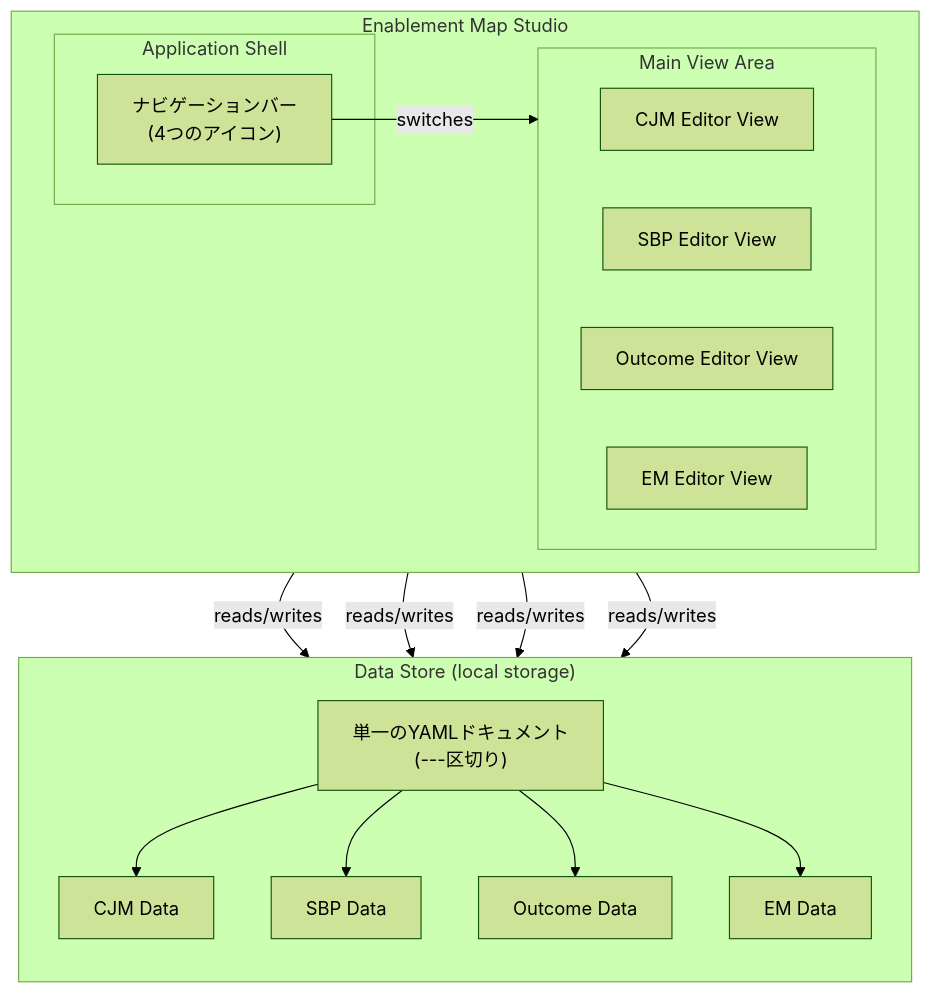
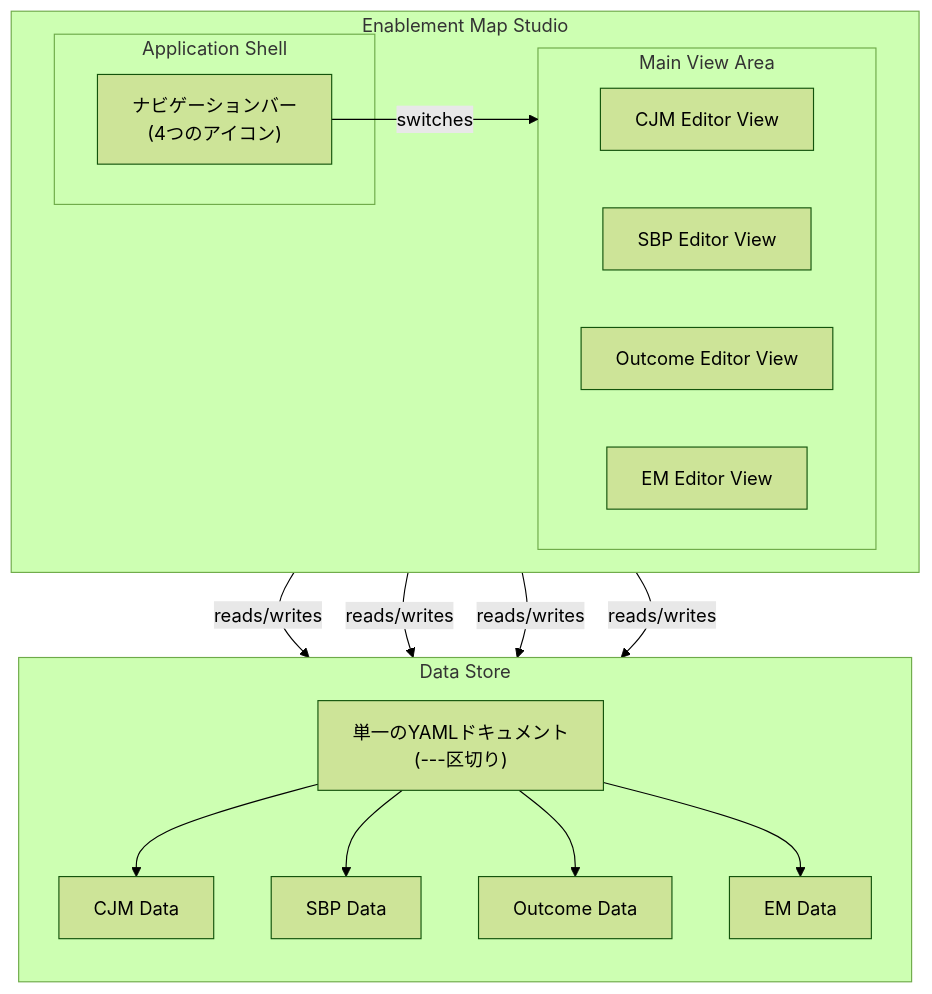
One commit to suwa-sh/enablement-map-studio changed the first of 2 diagrams in REQUIREMENTS.md. Above: the diagram before and after it, drawn with Mermaid (forest theme). The commit also changed other lines of this file and 2 other files, not shown here.

````diff
--- a/REQUIREMENTS.md
+++ b/REQUIREMENTS.md
@@ -13,33 +13,33 @@
 ```mermaid
 graph TD
     subgraph "Enablement Map Studio"
         direction LR
         subgraph "Application Shell"
             NavBar["ナビゲーションバー<br>(4つのアイコン)"]
         end
 
         subgraph M["Main View Area"]
             CJM["CJM Editor View"]
             SBP["SBP Editor View"]
             Outcome["Outcome Editor View"]
             EM["EM Editor View"]
         end
         
         NavBar -- switches --> M
     end
 
-    subgraph "Data Store (local storage)"
+    subgraph "Data Store"
       direction TB
       YAML_DOC["単一のYAMLドキュメント<br>(---区切り)"]
       YAML_DOC --> CJM_DATA["CJM Data"]
       YAML_DOC --> SBP_DATA["SBP Data"]
       YAML_DOC --> Outcome_DATA["Outcome Data"]
       YAML_DOC --> EM_DATA["EM Data"]
     end
     
     CJM -- reads/writes --> CJM_DATA
     SBP -- reads/writes --> SBP_DATA
     Outcome -- reads/writes --> Outcome_DATA
     EM -- reads/writes --> EM_DATA
 
 ```
````
